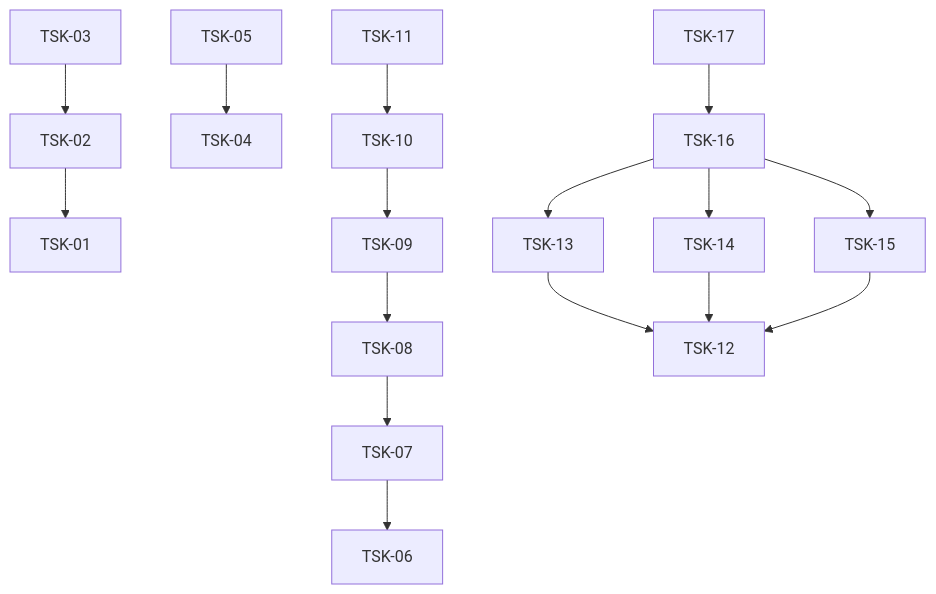
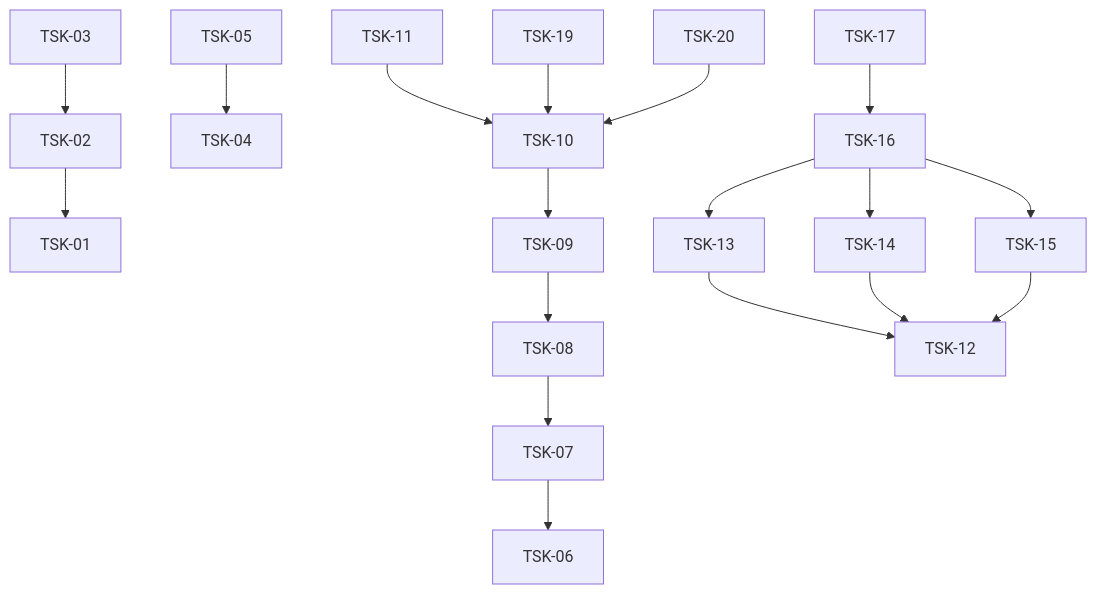
The diagram in tasks/README.md (RubaXa/gennady), drawn with Mermaid before and after one commit. The commit also changed other lines of this file and 1 other file, not shown here.

Commit message:
chore: sync trackers — dbc 13/13, add TSK-19/TSK-20 to DAG

````diff
--- a/tasks/README.md
+++ b/tasks/README.md
@@ -60,18 +60,20 @@
 ```mermaid
 graph TD
     TSK-02 --> TSK-01
     TSK-03 --> TSK-02
     TSK-05 --> TSK-04
     TSK-07 --> TSK-06
     TSK-08 --> TSK-07
     TSK-09 --> TSK-08
     TSK-10 --> TSK-09
     TSK-11 --> TSK-10
+    TSK-19 --> TSK-10
+    TSK-20 --> TSK-10
     TSK-13 --> TSK-12
     TSK-14 --> TSK-12
     TSK-15 --> TSK-12
     TSK-16 --> TSK-13
     TSK-16 --> TSK-14
     TSK-16 --> TSK-15
     TSK-17 --> TSK-16
 ```
````
